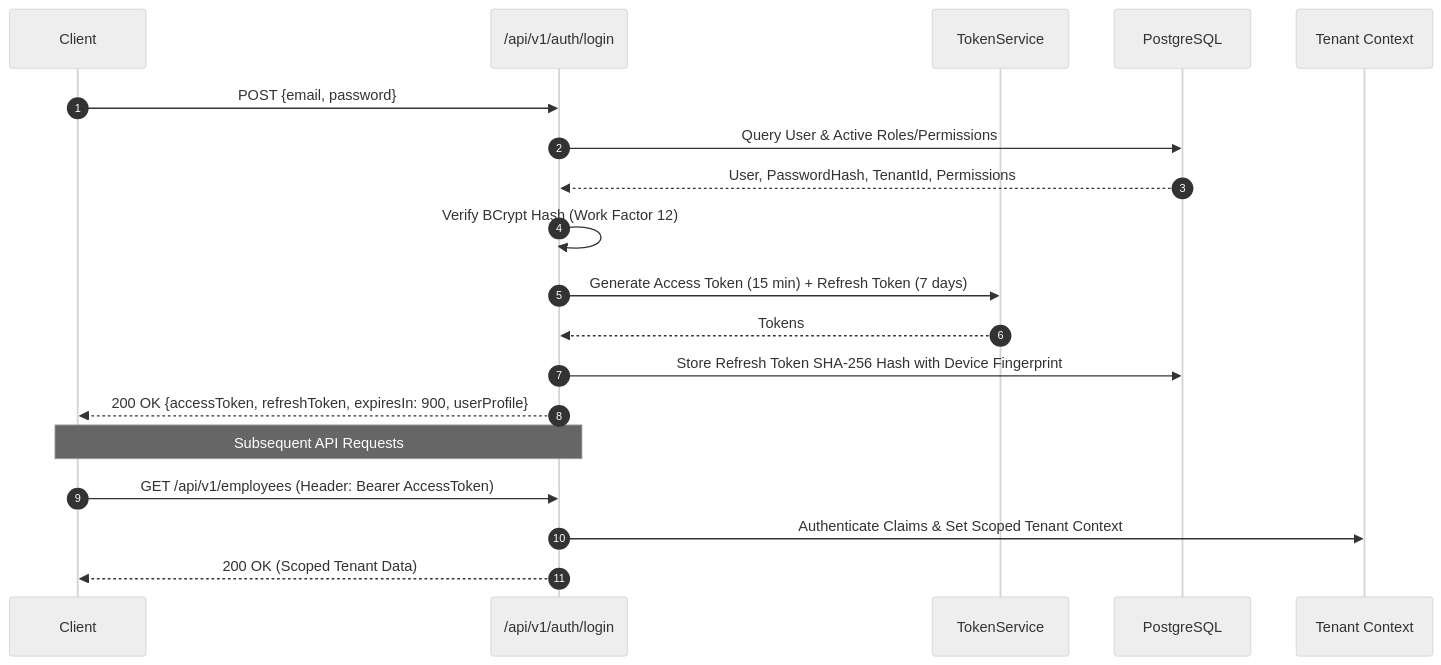
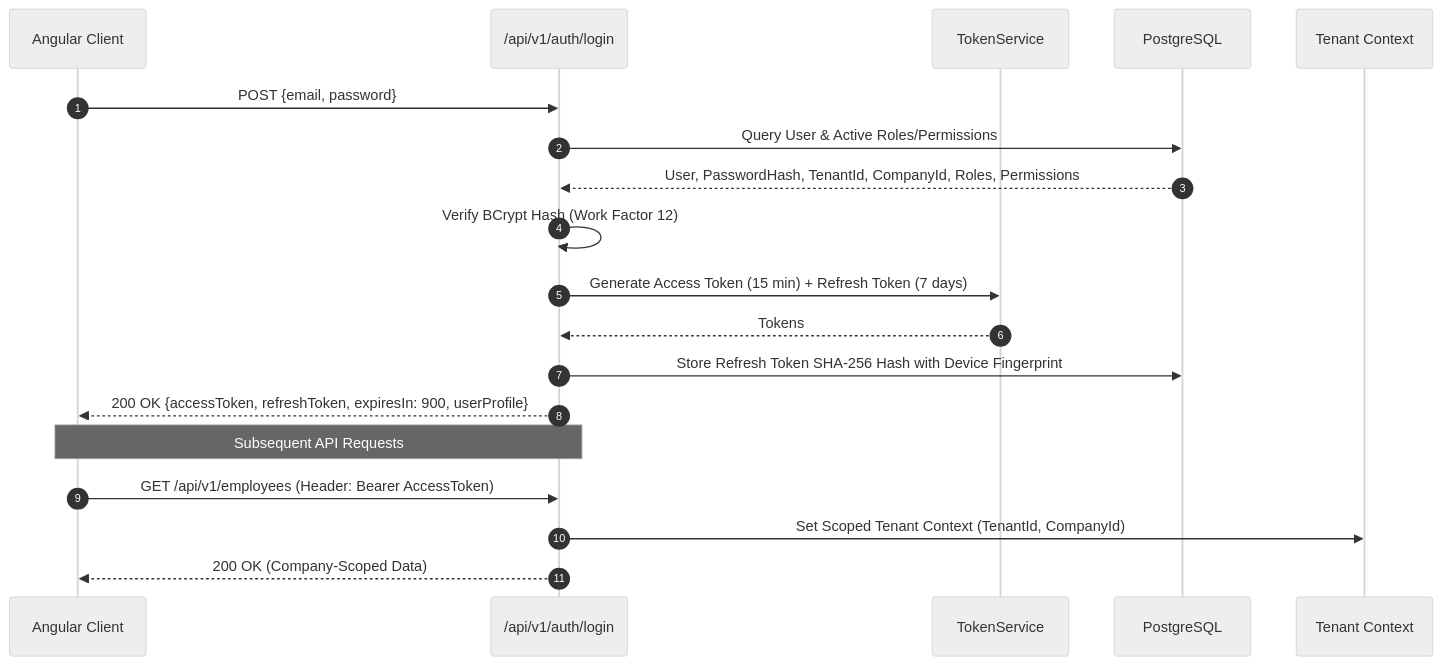
Before and after one commit to satyakidushyant/workora: the eighth of 11 diagrams in backend/docs/TechnicalDocument.md, drawn with Mermaid (neutral theme). The commit also changed other lines of this file and 16 other files, not shown here.

````diff
--- a/backend/docs/TechnicalDocument.md
+++ b/backend/docs/TechnicalDocument.md
@@ -731,23 +793,23 @@
 ```mermaid
 sequenceDiagram
     autonumber
-    participant Client
+    participant Client as Angular Client
     participant AuthAPI as /api/v1/auth/login
     participant JWT as TokenService
     participant DB as PostgreSQL
     participant RLS as Tenant Context
 
     Client->>AuthAPI: POST {email, password}
     AuthAPI->>DB: Query User & Active Roles/Permissions
-    DB-->>AuthAPI: User, PasswordHash, TenantId, Permissions
+    DB-->>AuthAPI: User, PasswordHash, TenantId, CompanyId, Roles, Permissions
     AuthAPI->>AuthAPI: Verify BCrypt Hash (Work Factor 12)
     AuthAPI->>JWT: Generate Access Token (15 min) + Refresh Token (7 days)
     JWT-->>AuthAPI: Tokens
     AuthAPI->>DB: Store Refresh Token SHA-256 Hash with Device Fingerprint
     AuthAPI-->>Client: 200 OK {accessToken, refreshToken, expiresIn: 900, userProfile}
     
     Note over Client,AuthAPI: Subsequent API Requests
     Client->>AuthAPI: GET /api/v1/employees (Header: Bearer AccessToken)
-    AuthAPI->>RLS: Authenticate Claims & Set Scoped Tenant Context
-    AuthAPI-->>Client: 200 OK (Scoped Tenant Data)
+    AuthAPI->>RLS: Set Scoped Tenant Context (TenantId, CompanyId)
+    AuthAPI-->>Client: 200 OK (Company-Scoped Data)
 ```
````
